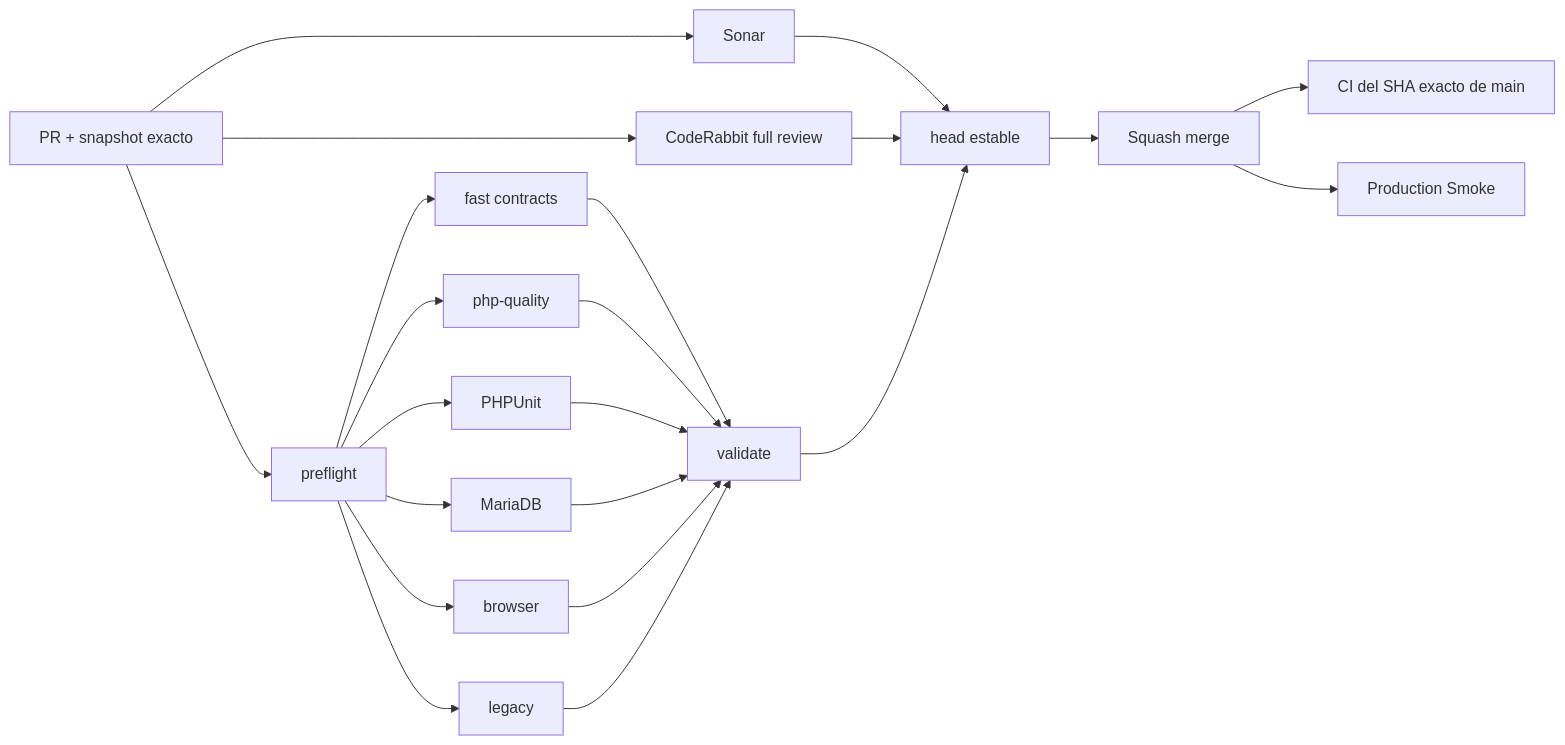
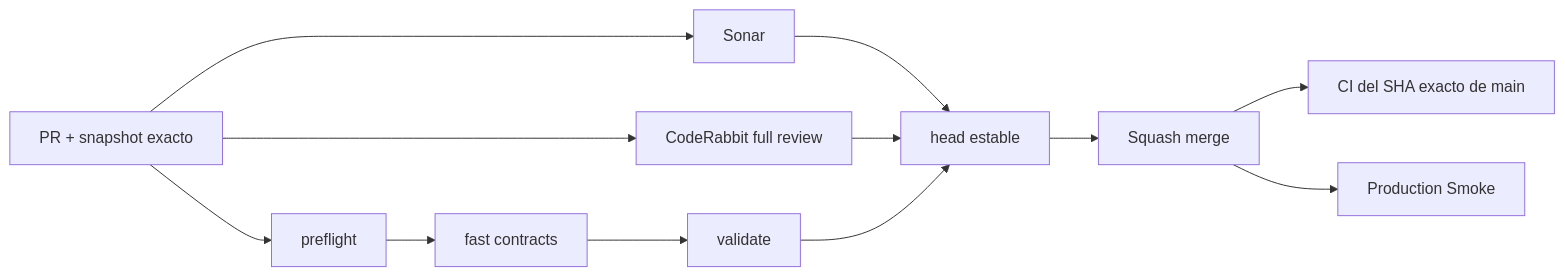
Before and after one commit to drpipe1098-commits/GrindFlow: the diagram in README.md, drawn with Mermaid. The commit also changed other lines of this file and 1 other file, not shown here.

````diff
--- a/README.md
+++ b/README.md
@@ -46,24 +46,14 @@
 ```mermaid
 flowchart LR
     A["PR + snapshot exacto"] --> P["preflight"]
     P --> F["fast contracts"]
-    P --> Q["php-quality"]
-    P --> T["PHPUnit"]
-    P --> D["MariaDB"]
-    P --> B["browser"]
-    P --> L["legacy"]
     A --> S["Sonar"]
     A --> C["CodeRabbit full review"]
     F --> V["validate"]
-    Q --> V
-    T --> V
-    D --> V
-    B --> V
-    L --> V
     S --> H["head estable"]
     C --> H
     V --> H
     H --> M["Squash merge"]
     M --> X["CI del SHA exacto de main"]
     M --> R["Production Smoke"]
 ```
````
